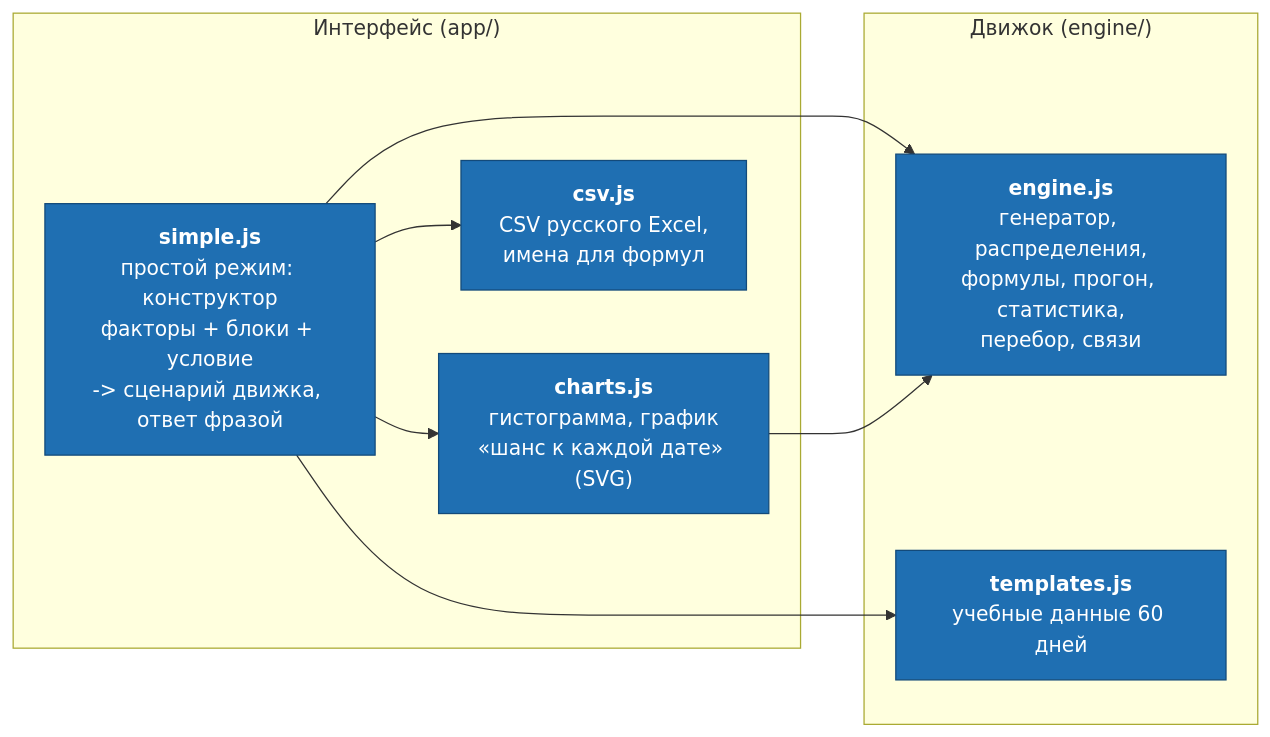
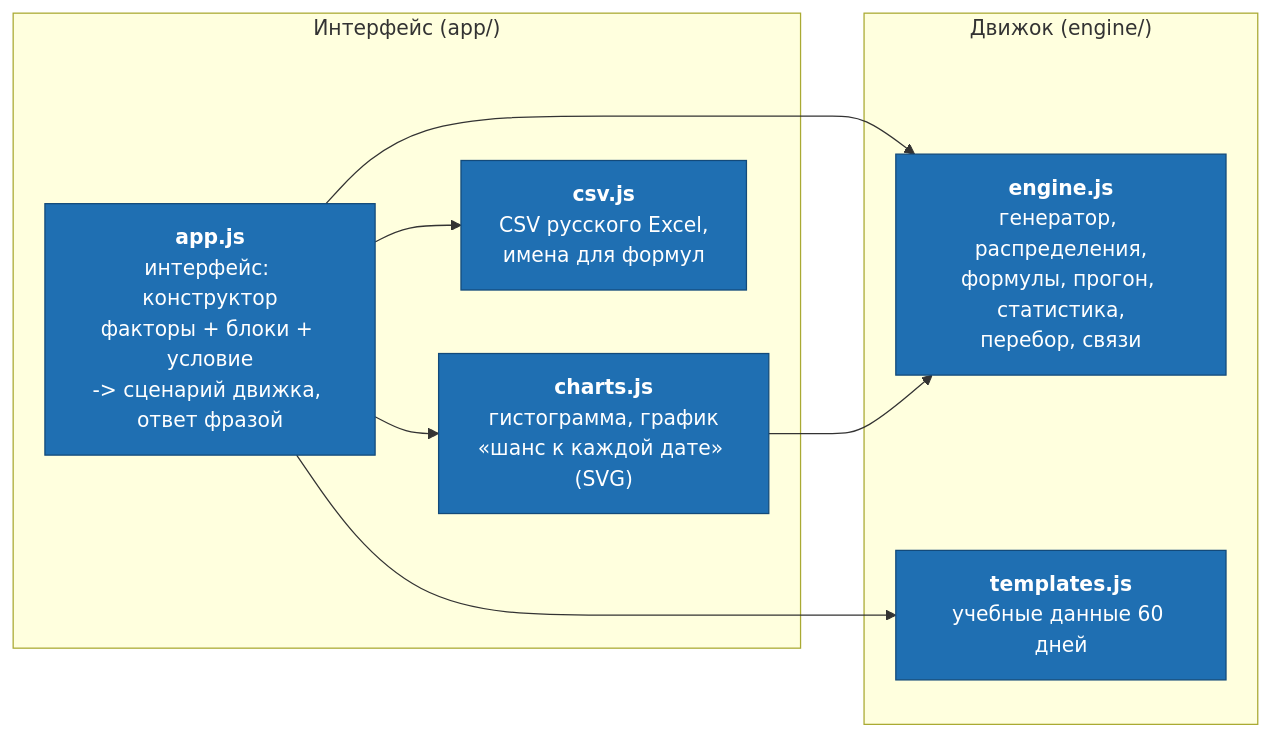
Before and after one commit to maksim-121/probability-analyzer: the third of 3 diagrams in docs/архитектура.md, drawn with Mermaid. The commit also changed 6 other files, not shown here.

````diff
--- a/docs/архитектура.md
+++ b/docs/архитектура.md
@@ -68,20 +68,20 @@
 ```mermaid
 flowchart LR
     subgraph ui["Интерфейс (app/)"]
-        simple["<b>simple.js</b><br/>простой режим: конструктор<br/>факторы + блоки + условие<br/>-> сценарий движка, ответ фразой"]
+        simple["<b>app.js</b><br/>интерфейс: конструктор<br/>факторы + блоки + условие<br/>-> сценарий движка, ответ фразой"]
         charts["<b>charts.js</b><br/>гистограмма, график<br/>«шанс к каждой дате» (SVG)"]
         csv["<b>csv.js</b><br/>CSV русского Excel,<br/>имена для формул"]
     end
     subgraph core["Движок (engine/)"]
         eng["<b>engine.js</b><br/>генератор, распределения,<br/>формулы, прогон, статистика,<br/>перебор, связи"]
         tpl["<b>templates.js</b><br/>учебные данные 60 дней"]
     end
     simple --> eng
     simple --> charts
     simple --> csv
     simple --> tpl
     charts --> eng
 
     classDef comp fill:#1f6fb2,stroke:#134a7a,color:#ffffff
     class simple,charts,csv,eng,tpl comp
 ```
````
